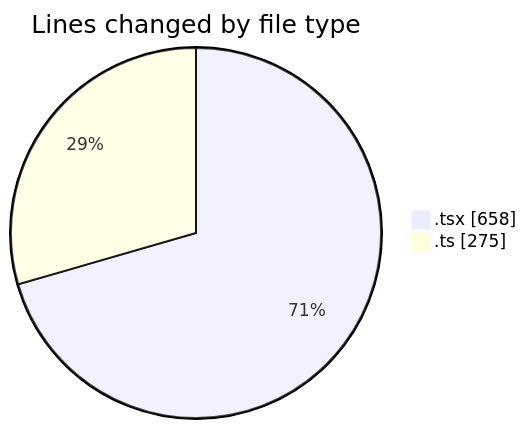
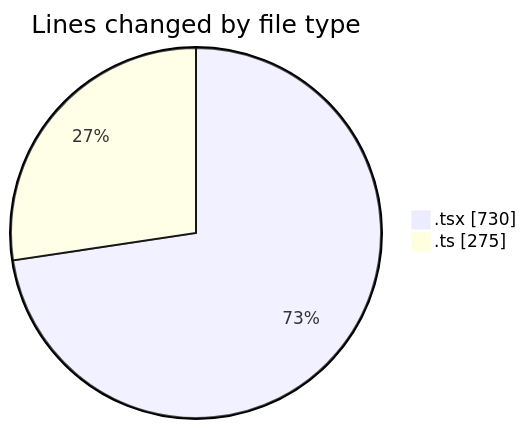
One commit to robertbonfada/code-tracking changed the first of 2 diagrams in 2025-05-20/mbc-web/README.md. Above: the diagram before and after it, drawn with Mermaid. The commit also changed other lines of this file and 1 other file, not shown here.

````diff
--- a/2025-05-20/mbc-web/README.md
+++ b/2025-05-20/mbc-web/README.md
@@ -24,6 +24,6 @@
 ```mermaid
 pie showData
 title Lines changed by file type
-".tsx" : 658
+".tsx" : 730
 ".ts" : 275
 ```
````
